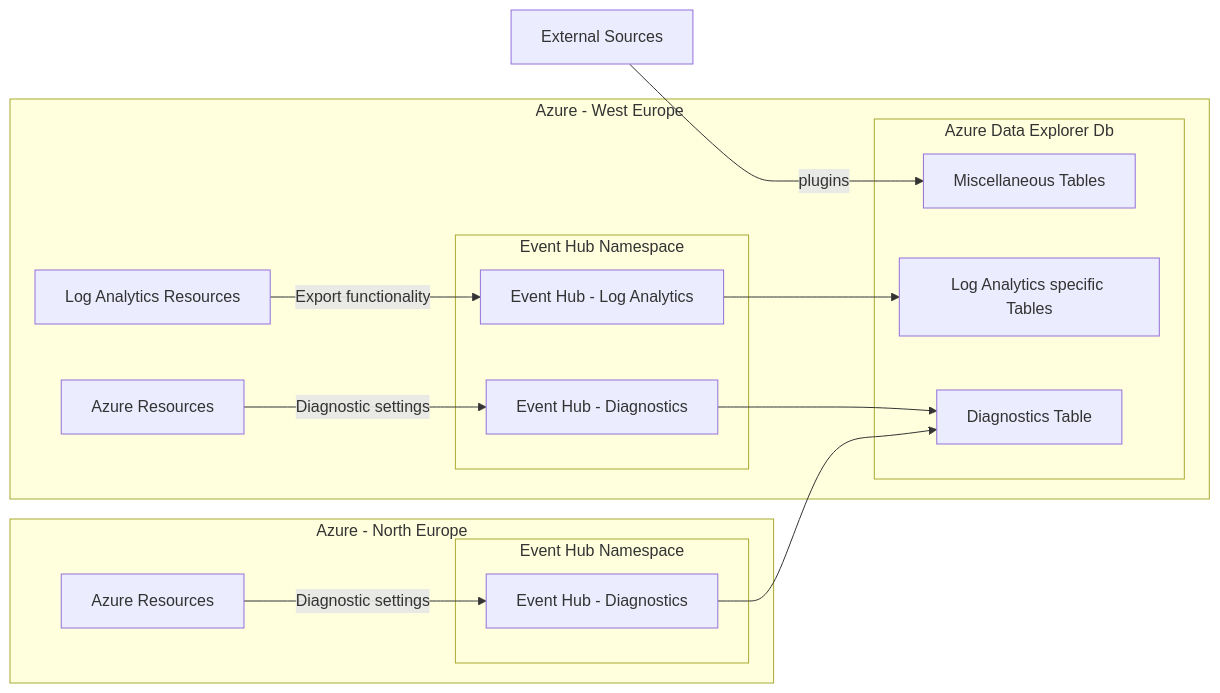
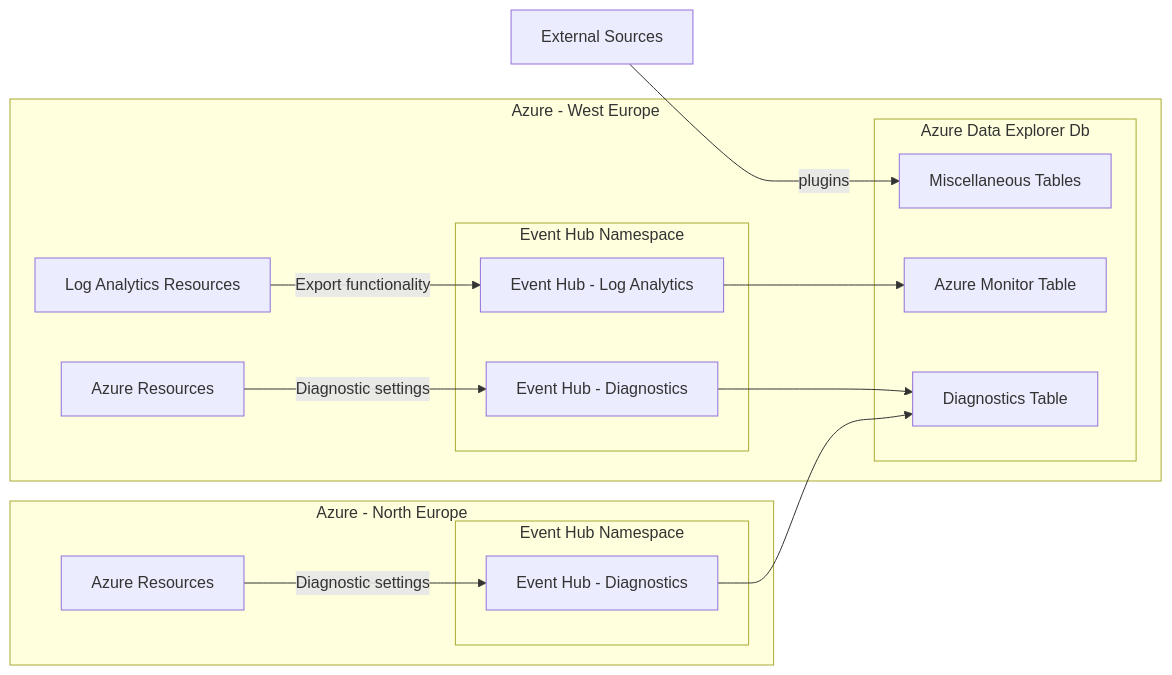
The diagram in README.md (erwinkramer/kusto-event-hub-law), drawn with Mermaid before and after one commit. The commit also changed other lines of this file, not shown here.

Commit message:
add table design

````diff
--- a/README.md
+++ b/README.md
@@ -24,37 +24,37 @@
 ```mermaid
 flowchart LR
 
 ext[External Sources]
 ext -- plugins --> misctable
 
 subgraph Azure - West Europe
     reslaweu[Log Analytics Resources]
     resweu[Azure Resources]
 
     subgraph Event Hub Namespace
         evhlaweu[Event Hub - Log Analytics]
         evhdiweu[Event Hub - Diagnostics]
     end
 
     
     subgraph Azure Data Explorer Db
-        lawtable[Log Analytics specific Tables]
+        lawtable[Azure Monitor Table]
         diagtable[Diagnostics Table]
         misctable[Miscellaneous Tables]
     end
 
     reslaweu--Export functionality-->evhlaweu-->lawtable
 
     resweu--Diagnostic settings-->evhdiweu-->diagtable
 end
     
 subgraph Azure - North Europe
     resneu[Azure Resources]
 
     subgraph Event Hub Namespace
         evhdineu[Event Hub - Diagnostics]
     end
 
     resneu--Diagnostic settings-->evhdineu-->diagtable
 end
 ```
````
